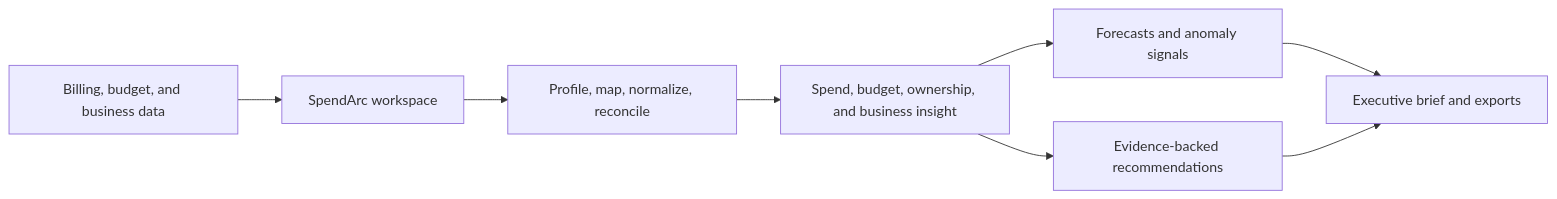
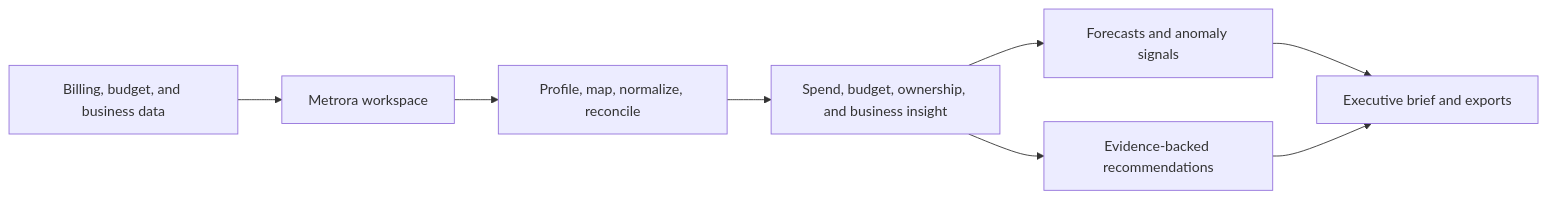
Before and after one commit to ndomathoti16-create/Metrora: the diagram in README.md, drawn with Mermaid. The commit also changed other lines of this file and 42 other files, not shown here.

Commit message:
Rebrand SpendArc as Metrora and add deployment setup

````diff
--- a/README.md
+++ b/README.md
@@ -60,10 +64,10 @@
 ```mermaid
 flowchart LR
-    SOURCES[Billing, budget, and business data] --> WORKSPACE[SpendArc workspace]
+    SOURCES[Billing, budget, and business data] --> WORKSPACE[Metrora workspace]
     WORKSPACE --> TRUST[Profile, map, normalize, reconcile]
     TRUST --> INSIGHT[Spend, budget, ownership, and business insight]
     INSIGHT --> OUTLOOK[Forecasts and anomaly signals]
     INSIGHT --> ACTION[Evidence-backed recommendations]
     OUTLOOK --> BRIEF[Executive brief and exports]
     ACTION --> BRIEF
 ```
````
